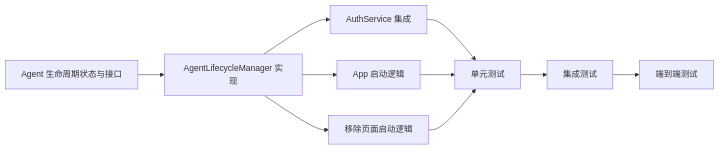
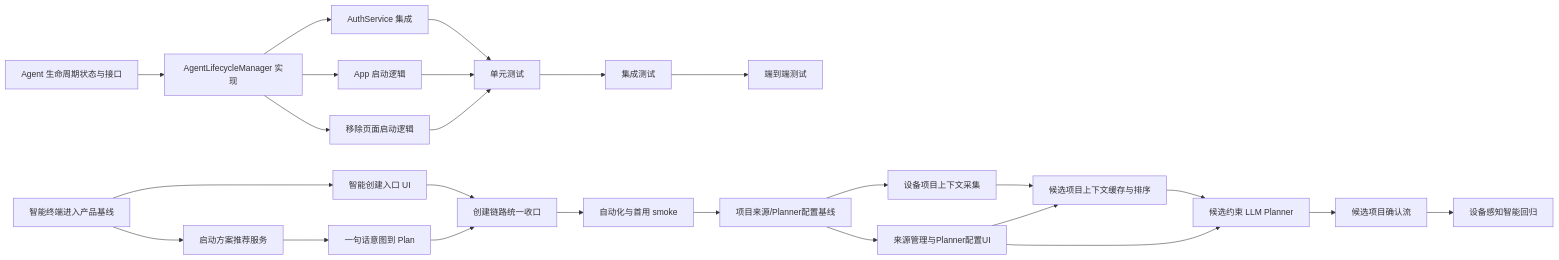
Before and after one commit to xiaolutang/remote-control: the diagram in .dev-flow/feature_map.md, drawn with Mermaid. The commit also changed other lines of this file and 44 other files, not shown here.

Commit message:
feat: add context-aware intelligent terminal entry

````diff
--- a/.dev-flow/feature_map.md
+++ b/.dev-flow/feature_map.md
@@ -99,13 +116,30 @@
 ```mermaid
 graph LR
     %% Phase: agent-lifecycle
     S024[Agent 生命周期状态与接口] --> F032[AgentLifecycleManager 实现]
     F032 --> F033[AuthService 集成]
     F032 --> F034[App 启动逻辑]
     F032 --> F035[移除页面启动逻辑]
     F033 --> F036[单元测试]
     F034 --> F036
     F035 --> F036
     F036 --> F037[集成测试]
     F037 --> F038[端到端测试]
+
+    %% Phase: intelligent-terminal-entry
+    S077[智能终端进入产品基线] --> F077[智能创建入口 UI]
+    S077 --> F078[启动方案推荐服务]
+    F078 --> F079[一句话意图到 Plan]
+    F077 --> F080[创建链路统一收口]
+    F079 --> F080
+    F080 --> F081[自动化与首用 smoke]
+    F081 --> S078[项目来源/Planner配置基线]
+    S078 --> B074[设备项目上下文采集]
+    S078 --> F086[来源管理与Planner配置UI]
+    B074 --> F082[候选项目上下文缓存与排序]
+    F086 --> F082
+    F082 --> F083[候选约束 LLM Planner]
+    F086 --> F083
+    F083 --> F084[候选项目确认流]
+    F084 --> F085[设备感知智能回归]
 ```
````
